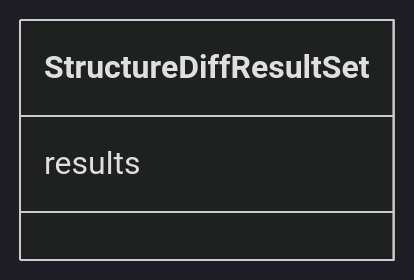
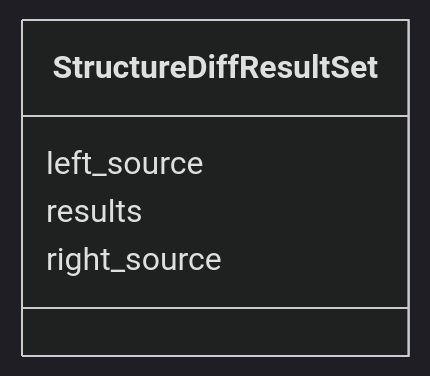
One commit to INCATools/ontology-access-kit changed the diagram in cross-ontology-diff/StructureDiffResultSet.md. Above: the diagram before and after it, drawn with Mermaid (dark theme). The commit also changed other lines of this file and 120 other files, not shown here.

````diff
--- a/cross-ontology-diff/StructureDiffResultSet.md
+++ b/cross-ontology-diff/StructureDiffResultSet.md
@@ -13,6 +13,8 @@
 ```{mermaid}
  classDiagram
     class StructureDiffResultSet
+      StructureDiffResultSet : left_source
       StructureDiffResultSet : results
+      StructureDiffResultSet : right_source
       
 ```
````
